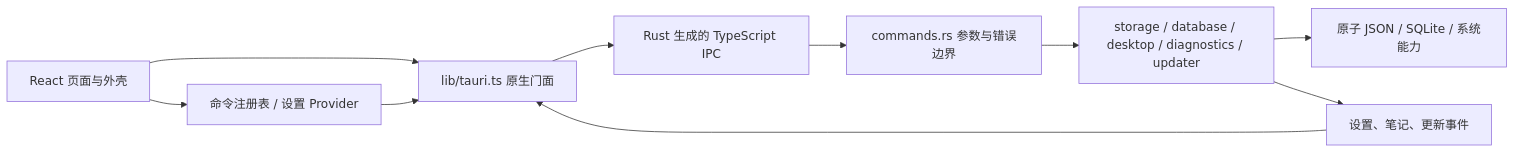
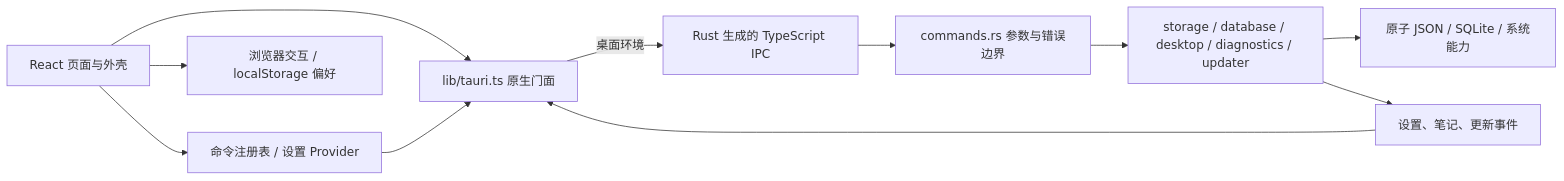
One commit to YanChao001/tauri-desktop-starter changed the diagram in docs/architecture.md. Above: the diagram before and after it, drawn with Mermaid. The commit also changed other lines of this file and 23 other files, not shown here.

````diff
--- a/docs/architecture.md
+++ b/docs/architecture.md
@@ -7,12 +7,13 @@
 ```mermaid
 flowchart LR
   UI["React 页面与外壳"] --> Commands["命令注册表 / 设置 Provider"]
   UI --> Facade["lib/tauri.ts 原生门面"]
+  UI --> Browser["浏览器交互 / localStorage 偏好"]
   Commands --> Facade
-  Facade --> Bindings["Rust 生成的 TypeScript IPC"]
+  Facade -->|桌面环境| Bindings["Rust 生成的 TypeScript IPC"]
   Bindings --> Boundary["commands.rs 参数与错误边界"]
   Boundary --> Services["storage / database / desktop / diagnostics / updater"]
   Services --> Data["原子 JSON / SQLite / 系统能力"]
   Services --> Events["设置、笔记、更新事件"]
   Events --> Facade
 ```
````
